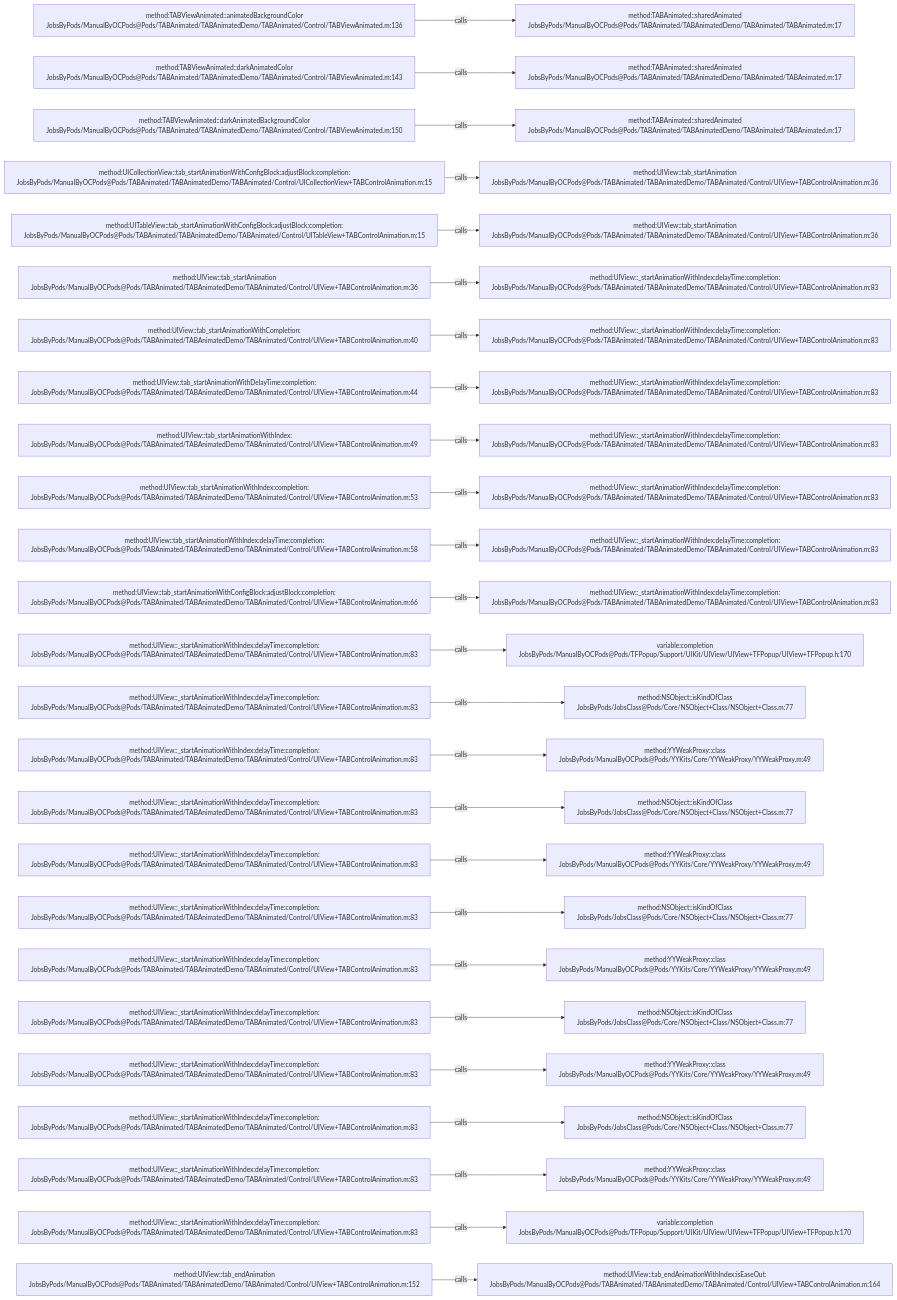
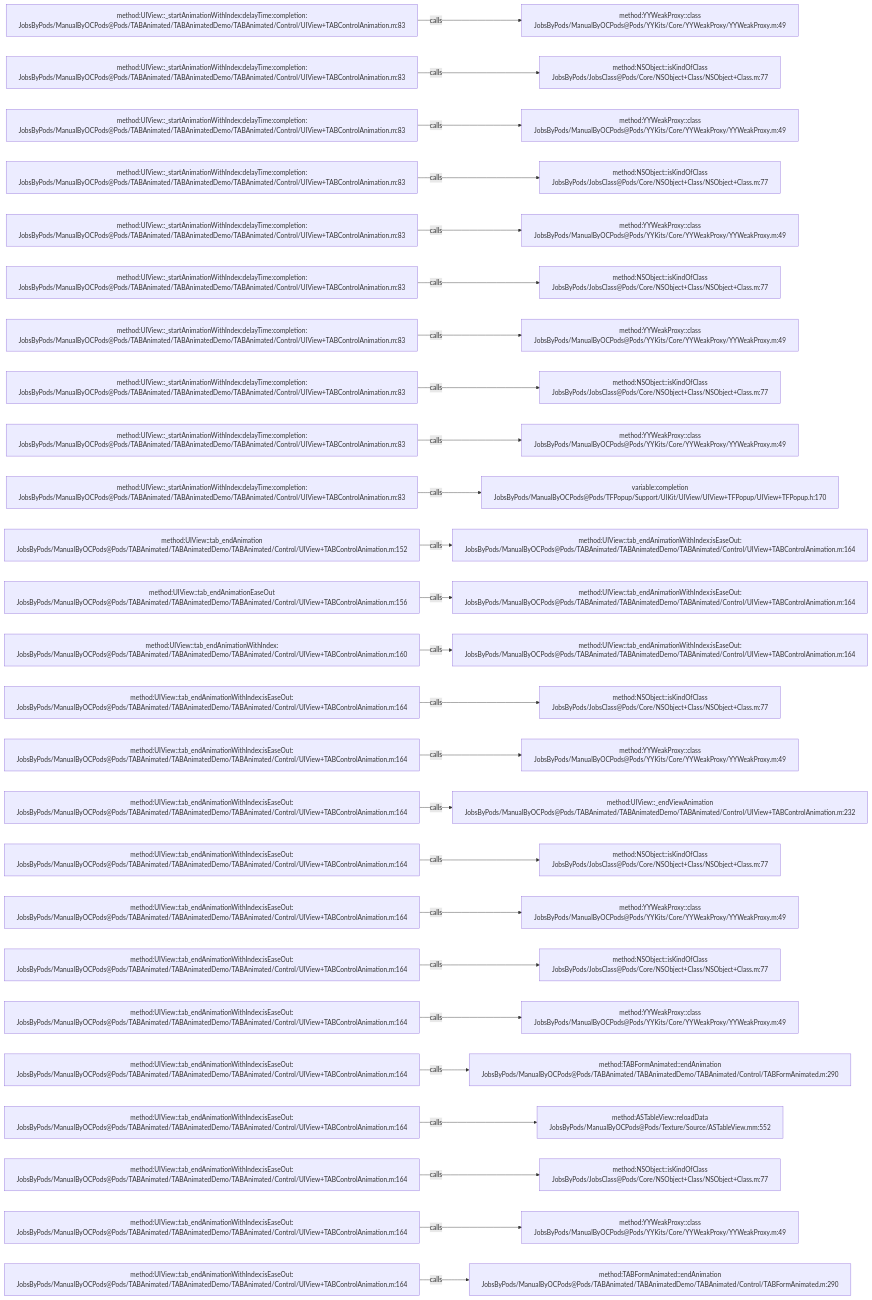
The diagram in .codegraph/codegraph.md/graphs/calls-028.md (JobsKits/JobsOCBaseConfigDemo), drawn with Mermaid before and after one commit. The commit also changed 296 other files, not shown here.

````diff
--- a/.codegraph/codegraph.md/graphs/calls-028.md
+++ b/.codegraph/codegraph.md/graphs/calls-028.md
@@ -13,78 +13,78 @@
 ```mermaid
 flowchart LR
-  S1["method:TABViewAnimated::animatedBackgroundColor<br/>JobsByPods/ManualByOCPods@Pods/TABAnimated/TABAnimatedDemo/TABAnimated/Control/TABViewAnimated.m:136"]
-  T1["method:TABAnimated::sharedAnimated<br/>JobsByPods/ManualByOCPods@Pods/TABAnimated/TABAnimatedDemo/TABAnimated/TABAnimated.m:17"]
+  S1["method:UIView::_startAnimationWithIndex:delayTime:completion:<br/>JobsByPods/ManualByOCPods@Pods/TABAnimated/TABAnimatedDemo/TABAnimated/Control/UIView+TABControlAnimation.m:83"]
+  T1["method:YYWeakProxy::class<br/>JobsByPods/ManualByOCPods@Pods/YYKits/Core/YYWeakProxy/YYWeakProxy.m:49"]
   S1 -->|calls| T1
-  S2["method:TABViewAnimated::darkAnimatedColor<br/>JobsByPods/ManualByOCPods@Pods/TABAnimated/TABAnimatedDemo/TABAnimated/Control/TABViewAnimated.m:143"]
-  T2["method:TABAnimated::sharedAnimated<br/>JobsByPods/ManualByOCPods@Pods/TABAnimated/TABAnimatedDemo/TABAnimated/TABAnimated.m:17"]
+  S2["method:UIView::_startAnimationWithIndex:delayTime:completion:<br/>JobsByPods/ManualByOCPods@Pods/TABAnimated/TABAnimatedDemo/TABAnimated/Control/UIView+TABControlAnimation.m:83"]
+  T2["method:NSObject::isKindOfClass<br/>JobsByPods/JobsClass@Pods/Core/NSObject+Class/NSObject+Class.m:77"]
   S2 -->|calls| T2
-  S3["method:TABViewAnimated::darkAnimatedBackgroundColor<br/>JobsByPods/ManualByOCPods@Pods/TABAnimated/TABAnimatedDemo/TABAnimated/Control/TABViewAnimated.m:150"]
-  T3["method:TABAnimated::sharedAnimated<br/>JobsByPods/ManualByOCPods@Pods/TABAnimated/TABAnimatedDemo/TABAnimated/TABAnimated.m:17"]
+  S3["method:UIView::_startAnimationWithIndex:delayTime:completion:<br/>JobsByPods/ManualByOCPods@Pods/TABAnimated/TABAnimatedDemo/TABAnimated/Control/UIView+TABControlAnimation.m:83"]
+  T3["method:YYWeakProxy::class<br/>JobsByPods/ManualByOCPods@Pods/YYKits/Core/YYWeakProxy/YYWeakProxy.m:49"]
   S3 -->|calls| T3
-  S4["method:UICollectionView::tab_startAnimationWithConfigBlock:adjustBlock:completion:<br/>JobsByPods/ManualByOCPods@Pods/TABAnimated/TABAnimatedDemo/TABAnimated/Control/UICollectionView+TABControlAnimation.m:15"]
-  T4["method:UIView::tab_startAnimation<br/>JobsByPods/ManualByOCPods@Pods/TABAnimated/TABAnimatedDemo/TABAnimated/Control/UIView+TABControlAnimation.m:36"]
+  S4["method:UIView::_startAnimationWithIndex:delayTime:completion:<br/>JobsByPods/ManualByOCPods@Pods/TABAnimated/TABAnimatedDemo/TABAnimated/Control/UIView+TABControlAnimation.m:83"]
+  T4["method:NSObject::isKindOfClass<br/>JobsByPods/JobsClass@Pods/Core/NSObject+Class/NSObject+Class.m:77"]
   S4 -->|calls| T4
-  S5["method:UITableView::tab_startAnimationWithConfigBlock:adjustBlock:completion:<br/>JobsByPods/ManualByOCPods@Pods/TABAnimated/TABAnimatedDemo/TABAnimated/Control/UITableView+TABControlAnimation.m:15"]
-  T5["method:UIView::tab_startAnimation<br/>JobsByPods/ManualByOCPods@Pods/TABAnimated/TABAnimatedDemo/TABAnimated/Control/UIView+TABControlAnimation.m:36"]
+  S5["method:UIView::_startAnimationWithIndex:delayTime:completion:<br/>JobsByPods/ManualByOCPods@Pods/TABAnimated/TABAnimatedDemo/TABAnimated/Control/UIView+TABControlAnimation.m:83"]
+  T5["method:YYWeakProxy::class<br/>JobsByPods/ManualByOCPods@Pods/YYKits/Core/YYWeakProxy/YYWeakProxy.m:49"]
   S5 -->|calls| T5
-  S6["method:UIView::tab_startAnimation<br/>JobsByPods/ManualByOCPods@Pods/TABAnimated/TABAnimatedDemo/TABAnimated/Control/UIView+TABControlAnimation.m:36"]
-  T6["method:UIView::_startAnimationWithIndex:delayTime:completion:<br/>JobsByPods/ManualByOCPods@Pods/TABAnimated/TABAnimatedDemo/TABAnimated/Control/UIView+TABControlAnimation.m:83"]
+  S6["method:UIView::_startAnimationWithIndex:delayTime:completion:<br/>JobsByPods/ManualByOCPods@Pods/TABAnimated/TABAnimatedDemo/TABAnimated/Control/UIView+TABControlAnimation.m:83"]
+  T6["method:NSObject::isKindOfClass<br/>JobsByPods/JobsClass@Pods/Core/NSObject+Class/NSObject+Class.m:77"]
   S6 -->|calls| T6
-  S7["method:UIView::tab_startAnimationWithCompletion:<br/>JobsByPods/ManualByOCPods@Pods/TABAnimated/TABAnimatedDemo/TABAnimated/Control/UIView+TABControlAnimation.m:40"]
-  T7["method:UIView::_startAnimationWithIndex:delayTime:completion:<br/>JobsByPods/ManualByOCPods@Pods/TABAnimated/TABAnimatedDemo/TABAnimated/Control/UIView+TABControlAnimation.m:83"]
+  S7["method:UIView::_startAnimationWithIndex:delayTime:completion:<br/>JobsByPods/ManualByOCPods@Pods/TABAnimated/TABAnimatedDemo/TABAnimated/Control/UIView+TABControlAnimation.m:83"]
+  T7["method:YYWeakProxy::class<br/>JobsByPods/ManualByOCPods@Pods/YYKits/Core/YYWeakProxy/YYWeakProxy.m:49"]
   S7 -->|calls| T7
-  S8["method:UIView::tab_startAnimationWithDelayTime:completion:<br/>JobsByPods/ManualByOCPods@Pods/TABAnimated/TABAnimatedDemo/TABAnimated/Control/UIView+TABControlAnimation.m:44"]
-  T8["method:UIView::_startAnimationWithIndex:delayTime:completion:<br/>JobsByPods/ManualByOCPods@Pods/TABAnimated/TABAnimatedDemo/TABAnimated/Control/UIView+TABControlAnimation.m:83"]
+  S8["method:UIView::_startAnimationWithIndex:delayTime:completion:<br/>JobsByPods/ManualByOCPods@Pods/TABAnimated/TABAnimatedDemo/TABAnimated/Control/UIView+TABControlAnimation.m:83"]
+  T8["method:NSObject::isKindOfClass<br/>JobsByPods/JobsClass@Pods/Core/NSObject+Class/NSObject+Class.m:77"]
   S8 -->|calls| T8
-  S9["method:UIView::tab_startAnimationWithIndex:<br/>JobsByPods/ManualByOCPods@Pods/TABAnimated/TABAnimatedDemo/TABAnimated/Control/UIView+TABControlAnimation.m:49"]
-  T9["method:UIView::_startAnimationWithIndex:delayTime:completion:<br/>JobsByPods/ManualByOCPods@Pods/TABAnimated/TABAnimatedDemo/TABAnimated/Control/UIView+TABControlAnimation.m:83"]
+  S9["method:UIView::_startAnimationWithIndex:delayTime:completion:<br/>JobsByPods/ManualByOCPods@Pods/TABAnimated/TABAnimatedDemo/TABAnimated/Control/UIView+TABControlAnimation.m:83"]
+  T9["method:YYWeakProxy::class<br/>JobsByPods/ManualByOCPods@Pods/YYKits/Core/YYWeakProxy/YYWeakProxy.m:49"]
   S9 -->|calls| T9
-  S10["method:UIView::tab_startAnimationWithIndex:completion:<br/>JobsByPods/ManualByOCPods@Pods/TABAnimated/TABAnimatedDemo/TABAnimated/Control/UIView+TABControlAnimation.m:53"]
-  T10["method:UIView::_startAnimationWithIndex:delayTime:completion:<br/>JobsByPods/ManualByOCPods@Pods/TABAnimated/TABAnimatedDemo/TABAnimated/Control/UIView+TABControlAnimation.m:83"]
+  S10["method:UIView::_startAnimationWithIndex:delayTime:completion:<br/>JobsByPods/ManualByOCPods@Pods/TABAnimated/TABAnimatedDemo/TABAnimated/Control/UIView+TABControlAnimation.m:83"]
+  T10["variable:completion<br/>JobsByPods/ManualByOCPods@Pods/TFPopup/Support/UIKit/UIView/UIView+TFPopup/UIView+TFPopup.h:170"]
   S10 -->|calls| T10
-  S11["method:UIView::tab_startAnimationWithIndex:delayTime:completion:<br/>JobsByPods/ManualByOCPods@Pods/TABAnimated/TABAnimatedDemo/TABAnimated/Control/UIView+TABControlAnimation.m:58"]
-  T11["method:UIView::_startAnimationWithIndex:delayTime:completion:<br/>JobsByPods/ManualByOCPods@Pods/TABAnimated/TABAnimatedDemo/TABAnimated/Control/UIView+TABControlAnimation.m:83"]
+  S11["method:UIView::tab_endAnimation<br/>JobsByPods/ManualByOCPods@Pods/TABAnimated/TABAnimatedDemo/TABAnimated/Control/UIView+TABControlAnimation.m:152"]
+  T11["method:UIView::tab_endAnimationWithIndex:isEaseOut:<br/>JobsByPods/ManualByOCPods@Pods/TABAnimated/TABAnimatedDemo/TABAnimated/Control/UIView+TABControlAnimation.m:164"]
   S11 -->|calls| T11
-  S12["method:UIView::tab_startAnimationWithConfigBlock:adjustBlock:completion:<br/>JobsByPods/ManualByOCPods@Pods/TABAnimated/TABAnimatedDemo/TABAnimated/Control/UIView+TABControlAnimation.m:66"]
-  T12["method:UIView::_startAnimationWithIndex:delayTime:completion:<br/>JobsByPods/ManualByOCPods@Pods/TABAnimated/TABAnimatedDemo/TABAnimated/Control/UIView+TABControlAnimation.m:83"]
+  S12["method:UIView::tab_endAnimationEaseOut<br/>JobsByPods/ManualByOCPods@Pods/TABAnimated/TABAnimatedDemo/TABAnimated/Control/UIView+TABControlAnimation.m:156"]
+  T12["method:UIView::tab_endAnimationWithIndex:isEaseOut:<br/>JobsByPods/ManualByOCPods@Pods/TABAnimated/TABAnimatedDemo/TABAnimated/Control/UIView+TABControlAnimation.m:164"]
   S12 -->|calls| T12
-  S13["method:UIView::_startAnimationWithIndex:delayTime:completion:<br/>JobsByPods/ManualByOCPods@Pods/TABAnimated/TABAnimatedDemo/TABAnimated/Control/UIView+TABControlAnimation.m:83"]
-  T13["variable:completion<br/>JobsByPods/ManualByOCPods@Pods/TFPopup/Support/UIKit/UIView/UIView+TFPopup/UIView+TFPopup.h:170"]
+  S13["method:UIView::tab_endAnimationWithIndex:<br/>JobsByPods/ManualByOCPods@Pods/TABAnimated/TABAnimatedDemo/TABAnimated/Control/UIView+TABControlAnimation.m:160"]
+  T13["method:UIView::tab_endAnimationWithIndex:isEaseOut:<br/>JobsByPods/ManualByOCPods@Pods/TABAnimated/TABAnimatedDemo/TABAnimated/Control/UIView+TABControlAnimation.m:164"]
   S13 -->|calls| T13
-  S14["method:UIView::_startAnimationWithIndex:delayTime:completion:<br/>JobsByPods/ManualByOCPods@Pods/TABAnimated/TABAnimatedDemo/TABAnimated/Control/UIView+TABControlAnimation.m:83"]
+  S14["method:UIView::tab_endAnimationWithIndex:isEaseOut:<br/>JobsByPods/ManualByOCPods@Pods/TABAnimated/TABAnimatedDemo/TABAnimated/Control/UIView+TABControlAnimation.m:164"]
   T14["method:NSObject::isKindOfClass<br/>JobsByPods/JobsClass@Pods/Core/NSObject+Class/NSObject+Class.m:77"]
   S14 -->|calls| T14
-  S15["method:UIView::_startAnimationWithIndex:delayTime:completion:<br/>JobsByPods/ManualByOCPods@Pods/TABAnimated/TABAnimatedDemo/TABAnimated/Control/UIView+TABControlAnimation.m:83"]
+  S15["method:UIView::tab_endAnimationWithIndex:isEaseOut:<br/>JobsByPods/ManualByOCPods@Pods/TABAnimated/TABAnimatedDemo/TABAnimated/Control/UIView+TABControlAnimation.m:164"]
   T15["method:YYWeakProxy::class<br/>JobsByPods/ManualByOCPods@Pods/YYKits/Core/YYWeakProxy/YYWeakProxy.m:49"]
   S15 -->|calls| T15
-  S16["method:UIView::_startAnimationWithIndex:delayTime:completion:<br/>JobsByPods/ManualByOCPods@Pods/TABAnimated/TABAnimatedDemo/TABAnimated/Control/UIView+TABControlAnimation.m:83"]
-  T16["method:NSObject::isKindOfClass<br/>JobsByPods/JobsClass@Pods/Core/NSObject+Class/NSObject+Class.m:77"]
+  S16["method:UIView::tab_endAnimationWithIndex:isEaseOut:<br/>JobsByPods/ManualByOCPods@Pods/TABAnimated/TABAnimatedDemo/TABAnimated/Control/UIView+TABControlAnimation.m:164"]
+  T16["method:UIView::_endViewAnimation<br/>JobsByPods/ManualByOCPods@Pods/TABAnimated/TABAnimatedDemo/TABAnimated/Control/UIView+TABControlAnimation.m:232"]
   S16 -->|calls| T16
-  S17["method:UIView::_startAnimationWithIndex:delayTime:completion:<br/>JobsByPods/ManualByOCPods@Pods/TABAnimated/TABAnimatedDemo/TABAnimated/Control/UIView+TABControlAnimation.m:83"]
-  T17["method:YYWeakProxy::class<br/>JobsByPods/ManualByOCPods@Pods/YYKits/Core/YYWeakProxy/YYWeakProxy.m:49"]
+  S17["method:UIView::tab_endAnimationWithIndex:isEaseOut:<br/>JobsByPods/ManualByOCPods@Pods/TABAnimated/TABAnimatedDemo/TABAnimated/Control/UIView+TABControlAnimation.m:164"]
+  T17["method:NSObject::isKindOfClass<br/>JobsByPods/JobsClass@Pods/Core/NSObject+Class/NSObject+Class.m:77"]
   S17 -->|calls| T17
-  S18["method:UIView::_startAnimationWithIndex:delayTime:completion:<br/>JobsByPods/ManualByOCPods@Pods/TABAnimated/TABAnimatedDemo/TABAnimated/Control/UIView+TABControlAnimation.m:83"]
-  T18["method:NSObject::isKindOfClass<br/>JobsByPods/JobsClass@Pods/Core/NSObject+Class/NSObject+Class.m:77"]
+  S18["method:UIView::tab_endAnimationWithIndex:isEaseOut:<br/>JobsByPods/ManualByOCPods@Pods/TABAnimated/TABAnimatedDemo/TABAnimated/Control/UIView+TABControlAnimation.m:164"]
+  T18["method:YYWeakProxy::class<br/>JobsByPods/ManualByOCPods@Pods/YYKits/Core/YYWeakProxy/YYWeakProxy.m:49"]
   S18 -->|calls| T18
-  S19["method:UIView::_startAnimationWithIndex:delayTime:completion:<br/>JobsByPods/ManualByOCPods@Pods/TABAnimated/TABAnimatedDemo/TABAnimated/Control/UIView+TABControlAnimation.m:83"]
-  T19["method:YYWeakProxy::class<br/>JobsByPods/ManualByOCPods@Pods/YYKits/Core/YYWeakProxy/YYWeakProxy.m:49"]
+  S19["method:UIView::tab_endAnimationWithIndex:isEaseOut:<br/>JobsByPods/ManualByOCPods@Pods/TABAnimated/TABAnimatedDemo/TABAnimated/Control/UIView+TABControlAnimation.m:164"]
+  T19["method:NSObject::isKindOfClass<br/>JobsByPods/JobsClass@Pods/Core/NSObject+Class/NSObject+Class.m:77"]
   S19 -->|calls| T19
-  S20["method:UIView::_startAnimationWithIndex:delayTime:completion:<br/>JobsByPods/ManualByOCPods@Pods/TABAnimated/TABAnimatedDemo/TABAnimated/Control/UIView+TABControlAnimation.m:83"]
-  T20["method:NSObject::isKindOfClass<br/>JobsByPods/JobsClass@Pods/Core/NSObject+Class/NSObject+Class.m:77"]
+  S20["method:UIView::tab_endAnimationWithIndex:isEaseOut:<br/>JobsByPods/ManualByOCPods@Pods/TABAnimated/TABAnimatedDemo/TABAnimated/Control/UIView+TABControlAnimation.m:164"]
+  T20["method:YYWeakProxy::class<br/>JobsByPods/ManualByOCPods@Pods/YYKits/Core/YYWeakProxy/YYWeakProxy.m:49"]
   S20 -->|calls| T20
-  S21["method:UIView::_startAnimationWithIndex:delayTime:completion:<br/>JobsByPods/ManualByOCPods@Pods/TABAnimated/TABAnimatedDemo/TABAnimated/Control/UIView+TABControlAnimation.m:83"]
-  T21["method:YYWeakProxy::class<br/>JobsByPods/ManualByOCPods@Pods/YYKits/Core/YYWeakProxy/YYWeakProxy.m:49"]
+  S21["method:UIView::tab_endAnimationWithIndex:isEaseOut:<br/>JobsByPods/ManualByOCPods@Pods/TABAnimated/TABAnimatedDemo/TABAnimated/Control/UIView+TABControlAnimation.m:164"]
+  T21["method:TABFormAnimated::endAnimation<br/>JobsByPods/ManualByOCPods@Pods/TABAnimated/TABAnimatedDemo/TABAnimated/Control/TABFormAnimated.m:290"]
   S21 -->|calls| T21
-  S22["method:UIView::_startAnimationWithIndex:delayTime:completion:<br/>JobsByPods/ManualByOCPods@Pods/TABAnimated/TABAnimatedDemo/TABAnimated/Control/UIView+TABControlAnimation.m:83"]
-  T22["method:NSObject::isKindOfClass<br/>JobsByPods/JobsClass@Pods/Core/NSObject+Class/NSObject+Class.m:77"]
+  S22["method:UIView::tab_endAnimationWithIndex:isEaseOut:<br/>JobsByPods/ManualByOCPods@Pods/TABAnimated/TABAnimatedDemo/TABAnimated/Control/UIView+TABControlAnimation.m:164"]
+  T22["method:ASTableView::reloadData<br/>JobsByPods/ManualByOCPods@Pods/Texture/Source/ASTableView.mm:552"]
   S22 -->|calls| T22
-  S23["method:UIView::_startAnimationWithIndex:delayTime:completion:<br/>JobsByPods/ManualByOCPods@Pods/TABAnimated/TABAnimatedDemo/TABAnimated/Control/UIView+TABControlAnimation.m:83"]
-  T23["method:YYWeakProxy::class<br/>JobsByPods/ManualByOCPods@Pods/YYKits/Core/YYWeakProxy/YYWeakProxy.m:49"]
+  S23["method:UIView::tab_endAnimationWithIndex:isEaseOut:<br/>JobsByPods/ManualByOCPods@Pods/TABAnimated/TABAnimatedDemo/TABAnimated/Control/UIView+TABControlAnimation.m:164"]
+  T23["method:NSObject::isKindOfClass<br/>JobsByPods/JobsClass@Pods/Core/NSObject+Class/NSObject+Class.m:77"]
   S23 -->|calls| T23
-  S24["method:UIView::_startAnimationWithIndex:delayTime:completion:<br/>JobsByPods/ManualByOCPods@Pods/TABAnimated/TABAnimatedDemo/TABAnimated/Control/UIView+TABControlAnimation.m:83"]
-  T24["variable:completion<br/>JobsByPods/ManualByOCPods@Pods/TFPopup/Support/UIKit/UIView/UIView+TFPopup/UIView+TFPopup.h:170"]
+  S24["method:UIView::tab_endAnimationWithIndex:isEaseOut:<br/>JobsByPods/ManualByOCPods@Pods/TABAnimated/TABAnimatedDemo/TABAnimated/Control/UIView+TABControlAnimation.m:164"]
+  T24["method:YYWeakProxy::class<br/>JobsByPods/ManualByOCPods@Pods/YYKits/Core/YYWeakProxy/YYWeakProxy.m:49"]
   S24 -->|calls| T24
-  S25["method:UIView::tab_endAnimation<br/>JobsByPods/ManualByOCPods@Pods/TABAnimated/TABAnimatedDemo/TABAnimated/Control/UIView+TABControlAnimation.m:152"]
-  T25["method:UIView::tab_endAnimationWithIndex:isEaseOut:<br/>JobsByPods/ManualByOCPods@Pods/TABAnimated/TABAnimatedDemo/TABAnimated/Control/UIView+TABControlAnimation.m:164"]
+  S25["method:UIView::tab_endAnimationWithIndex:isEaseOut:<br/>JobsByPods/ManualByOCPods@Pods/TABAnimated/TABAnimatedDemo/TABAnimated/Control/UIView+TABControlAnimation.m:164"]
+  T25["method:TABFormAnimated::endAnimation<br/>JobsByPods/ManualByOCPods@Pods/TABAnimated/TABAnimatedDemo/TABAnimated/Control/TABFormAnimated.m:290"]
   S25 -->|calls| T25
 ```
````
